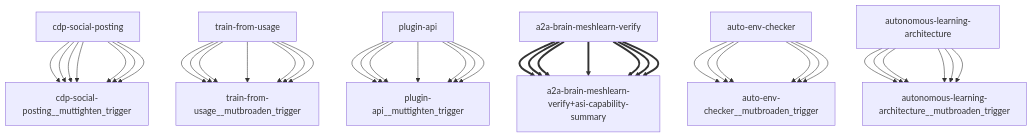
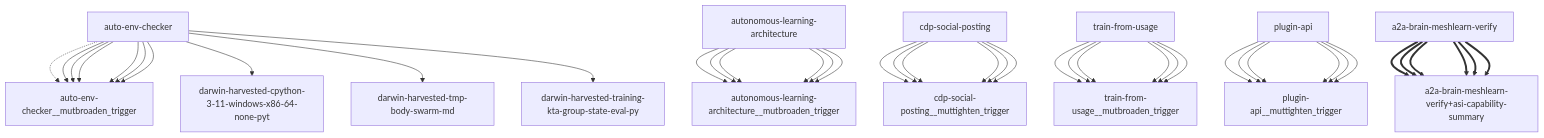
Before and after one commit to openamer/openamer: the diagram in reports/darwin-report.md, drawn with Mermaid. The commit also changed other lines of this file and 14 other files, not shown here.

````diff
--- a/reports/darwin-report.md
+++ b/reports/darwin-report.md
@@ -66,43 +66,43 @@
 ```mermaid
 graph TD
-    cdp-social-posting["cdp-social-posting"] --> cdp-social-posting__muttighten_trigger["cdp-social-posting__muttighten_trigger"]
-    train-from-usage["train-from-usage"] --> train-from-usage__mutbroaden_trigger["train-from-usage__mutbroaden_trigger"]
-    plugin-api["plugin-api"] --> plugin-api__muttighten_trigger["plugin-api__muttighten_trigger"]
-    a2a-brain-meshlearn-verify["a2a-brain-meshlearn-verify"] ==> a2a-brain-meshlearn-verify+asi-capability-summary["a2a-brain-meshlearn-verify+asi-capability-summary"]
+    auto-env-checker["auto-env-checker"] -.-> auto-env-checker__mutbroaden_trigger["auto-env-checker__mutbroaden_trigger"]
+    auto-env-checker["auto-env-checker"] --> darwin-harvested-cpython-3-11-windows-x86-64-none-pyt["darwin-harvested-cpython-3-11-windows-x86-64-none-pyt"]
+    auto-env-checker["auto-env-checker"] --> darwin-harvested-tmp-body-swarm-md["darwin-harvested-tmp-body-swarm-md"]
     auto-env-checker["auto-env-checker"] --> auto-env-checker__mutbroaden_trigger["auto-env-checker__mutbroaden_trigger"]
     autonomous-learning-architecture["autonomous-learning-architecture"] --> autonomous-learning-architecture__mutbroaden_trigger["autonomous-learning-architecture__mutbroaden_trigger"]
     cdp-social-posting["cdp-social-posting"] --> cdp-social-posting__muttighten_trigger["cdp-social-posting__muttighten_trigger"]
     train-from-usage["train-from-usage"] --> train-from-usage__mutbroaden_trigger["train-from-usage__mutbroaden_trigger"]
     plugin-api["plugin-api"] --> plugin-api__muttighten_trigger["plugin-api__muttighten_trigger"]
     a2a-brain-meshlearn-verify["a2a-brain-meshlearn-verify"] ==> a2a-brain-meshlearn-verify+asi-capability-summary["a2a-brain-meshlearn-verify+asi-capability-summary"]
+    auto-env-checker["auto-env-checker"] --> darwin-harvested-training-kta-group-state-eval-py["darwin-harvested-training-kta-group-state-eval-py"]
     auto-env-checker["auto-env-checker"] --> auto-env-checker__mutbroaden_trigger["auto-env-checker__mutbroaden_trigger"]
     autonomous-learning-architecture["autonomous-learning-architecture"] --> autonomous-learning-architecture__mutbroaden_trigger["autonomous-learning-architecture__mutbroaden_trigger"]
     cdp-social-posting["cdp-social-posting"] --> cdp-social-posting__muttighten_trigger["cdp-social-posting__muttighten_trigger"]
     train-from-usage["train-from-usage"] --> train-from-usage__mutbroaden_trigger["train-from-usage__mutbroaden_trigger"]
     plugin-api["plugin-api"] --> plugin-api__muttighten_trigger["plugin-api__muttighten_trigger"]
     a2a-brain-meshlearn-verify["a2a-brain-meshlearn-verify"] ==> a2a-brain-meshlearn-verify+asi-capability-summary["a2a-brain-meshlearn-verify+asi-capability-summary"]
     auto-env-checker["auto-env-checker"] --> auto-env-checker__mutbroaden_trigger["auto-env-checker__mutbroaden_trigger"]
     autonomous-learning-architecture["autonomous-learning-architecture"] --> autonomous-learning-architecture__mutbroaden_trigger["autonomous-learning-architecture__mutbroaden_trigger"]
     cdp-social-posting["cdp-social-posting"] --> cdp-social-posting__muttighten_trigger["cdp-social-posting__muttighten_trigger"]
     train-from-usage["train-from-usage"] --> train-from-usage__mutbroaden_trigger["train-from-usage__mutbroaden_trigger"]
     plugin-api["plugin-api"] --> plugin-api__muttighten_trigger["plugin-api__muttighten_trigger"]
     a2a-brain-meshlearn-verify["a2a-brain-meshlearn-verify"] ==> a2a-brain-meshlearn-verify+asi-capability-summary["a2a-brain-meshlearn-verify+asi-capability-summary"]
     auto-env-checker["auto-env-checker"] --> auto-env-checker__mutbroaden_trigger["auto-env-checker__mutbroaden_trigger"]
     autonomous-learning-architecture["autonomous-learning-architecture"] --> autonomous-learning-architecture__mutbroaden_trigger["autonomous-learning-architecture__mutbroaden_trigger"]
     cdp-social-posting["cdp-social-posting"] --> cdp-social-posting__muttighten_trigger["cdp-social-posting__muttighten_trigger"]
     train-from-usage["train-from-usage"] --> train-from-usage__mutbroaden_trigger["train-from-usage__mutbroaden_trigger"]
     plugin-api["plugin-api"] --> plugin-api__muttighten_trigger["plugin-api__muttighten_trigger"]
     a2a-brain-meshlearn-verify["a2a-brain-meshlearn-verify"] ==> a2a-brain-meshlearn-verify+asi-capability-summary["a2a-brain-meshlearn-verify+asi-capability-summary"]
     auto-env-checker["auto-env-checker"] --> auto-env-checker__mutbroaden_trigger["auto-env-checker__mutbroaden_trigger"]
     autonomous-learning-architecture["autonomous-learning-architecture"] --> autonomous-learning-architecture__mutbroaden_trigger["autonomous-learning-architecture__mutbroaden_trigger"]
     cdp-social-posting["cdp-social-posting"] --> cdp-social-posting__muttighten_trigger["cdp-social-posting__muttighten_trigger"]
     train-from-usage["train-from-usage"] --> train-from-usage__mutbroaden_trigger["train-from-usage__mutbroaden_trigger"]
     plugin-api["plugin-api"] --> plugin-api__muttighten_trigger["plugin-api__muttighten_trigger"]
     a2a-brain-meshlearn-verify["a2a-brain-meshlearn-verify"] ==> a2a-brain-meshlearn-verify+asi-capability-summary["a2a-brain-meshlearn-verify+asi-capability-summary"]
     auto-env-checker["auto-env-checker"] --> auto-env-checker__mutbroaden_trigger["auto-env-checker__mutbroaden_trigger"]
     autonomous-learning-architecture["autonomous-learning-architecture"] --> autonomous-learning-architecture__mutbroaden_trigger["autonomous-learning-architecture__mutbroaden_trigger"]
     cdp-social-posting["cdp-social-posting"] --> cdp-social-posting__muttighten_trigger["cdp-social-posting__muttighten_trigger"]
     train-from-usage["train-from-usage"] --> train-from-usage__mutbroaden_trigger["train-from-usage__mutbroaden_trigger"]
     plugin-api["plugin-api"] --> plugin-api__muttighten_trigger["plugin-api__muttighten_trigger"]
     a2a-brain-meshlearn-verify["a2a-brain-meshlearn-verify"] ==> a2a-brain-meshlearn-verify+asi-capability-summary["a2a-brain-meshlearn-verify+asi-capability-summary"]
 ```
````
